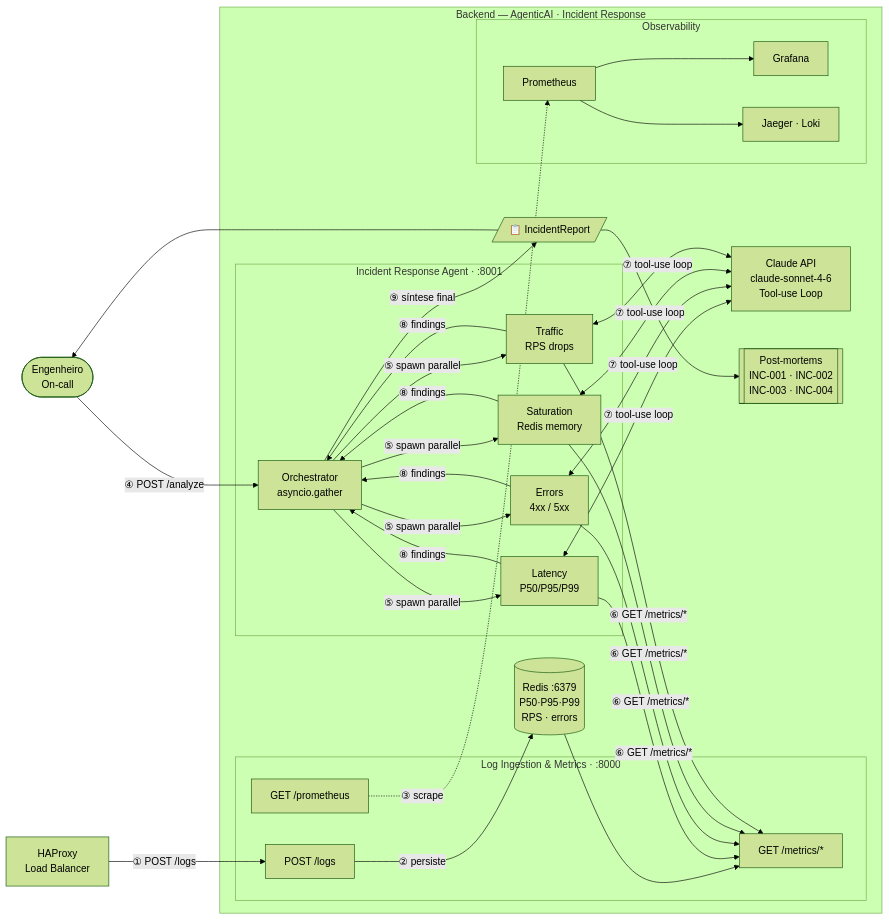
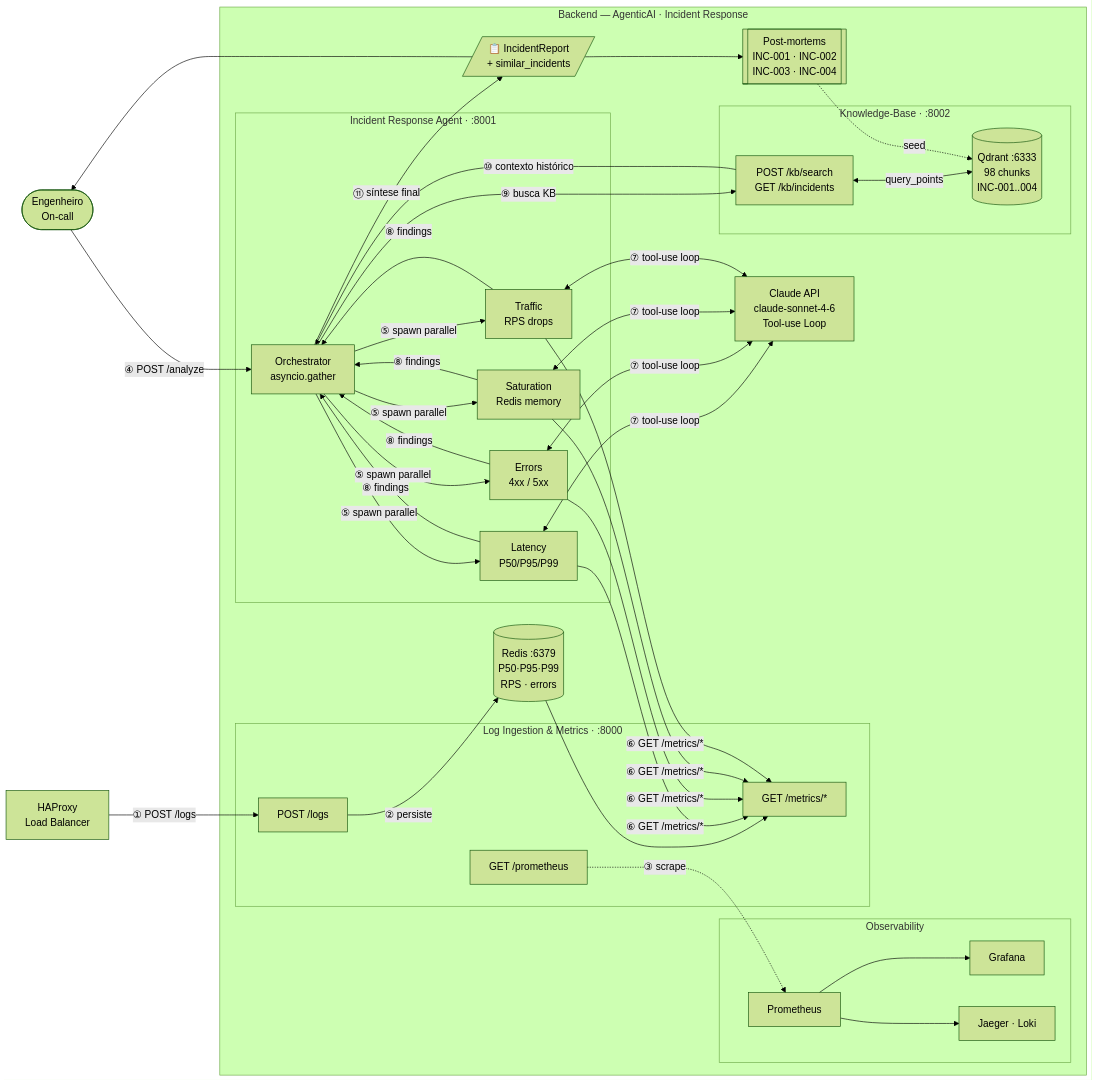
One commit to valdomirosouza/AgenticAI-2-Incident-Response changed the second of 3 diagrams in README.md. Above: the diagram before and after it, drawn with Mermaid (forest theme). The commit also changed other lines of this file, not shown here.

Commit message:
docs: update README with three-module architecture and Knowledge-Base section

````diff
--- a/README.md
+++ b/README.md
@@ -67,48 +72,57 @@
 ```mermaid
 flowchart LR
     HA["HAProxy\nLoad Balancer"]
     ENG(["Engenheiro\nOn-call"])
 
     subgraph PLATFORM["Backend — AgenticAI · Incident Response"]
         subgraph INGESTION["Log Ingestion & Metrics · :8000"]
             LOGS["POST /logs"]
             MET["GET /metrics/*"]
             PROMED["GET /prometheus"]
         end
 
         REDIS[("Redis :6379\nP50·P95·P99\nRPS · errors")]
 
         subgraph OBS["Observability"]
             PROM["Prometheus"]
             GRAF["Grafana"]
             JAEG["Jaeger · Loki"]
         end
 
         subgraph AGENT["Incident Response Agent · :8001"]
             ORCH["Orchestrator\nasyncio.gather"]
             LAT["Latency\nP50/P95/P99"]
             ERR["Errors\n4xx / 5xx"]
             SAT["Saturation\nRedis memory"]
             TRF["Traffic\nRPS drops"]
         end
 
         CLAUDE["Claude API\nclaude-sonnet-4-6\nTool-use Loop"]
-        REPORT[/"📋 IncidentReport"/]
+        REPORT[/"📋 IncidentReport\n+ similar_incidents"/]
         PM[["Post-mortems\nINC-001 · INC-002\nINC-003 · INC-004"]]
+
+        subgraph KB_SVC["Knowledge-Base · :8002"]
+            KBAPI["POST /kb/search\nGET /kb/incidents"]
+            QDRANT[("Qdrant :6333\n98 chunks\nINC-001..004")]
+        end
     end
 
     HA -->|"① POST /logs"| LOGS
     LOGS -->|"② persiste"| REDIS
     REDIS --> MET
     PROMED -.->|"③ scrape"| PROM
     PROM --> GRAF & JAEG
 
     ENG -->|"④ POST /analyze"| ORCH
     ORCH -->|"⑤ spawn parallel"| LAT & ERR & SAT & TRF
     LAT & ERR & SAT & TRF -->|"⑥ GET /metrics/*"| MET
     LAT & ERR & SAT & TRF <-->|"⑦ tool-use loop"| CLAUDE
     LAT & ERR & SAT & TRF -->|"⑧ findings"| ORCH
-    ORCH -->|"⑨ síntese final"| REPORT
+    ORCH -->|"⑨ busca KB"| KBAPI
+    KBAPI <-->|"query_points"| QDRANT
+    KBAPI -->|"⑩ contexto histórico"| ORCH
+    ORCH -->|"⑪ síntese final"| REPORT
     REPORT --> ENG & PM
+    PM -.->|"seed"| QDRANT
 
 ```
````
